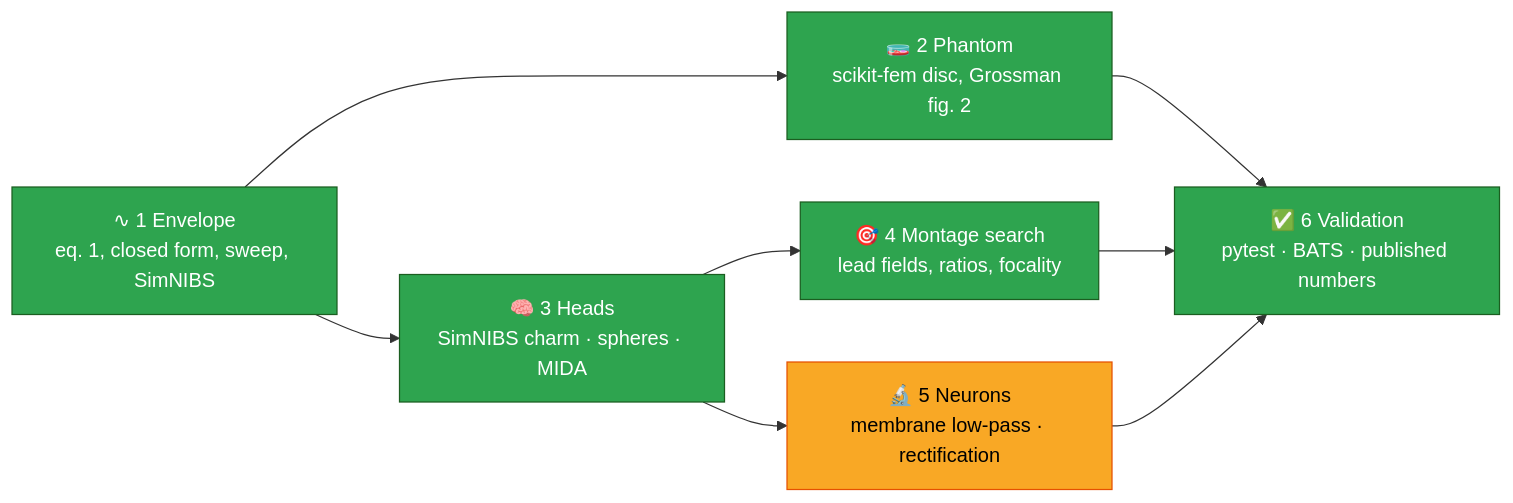
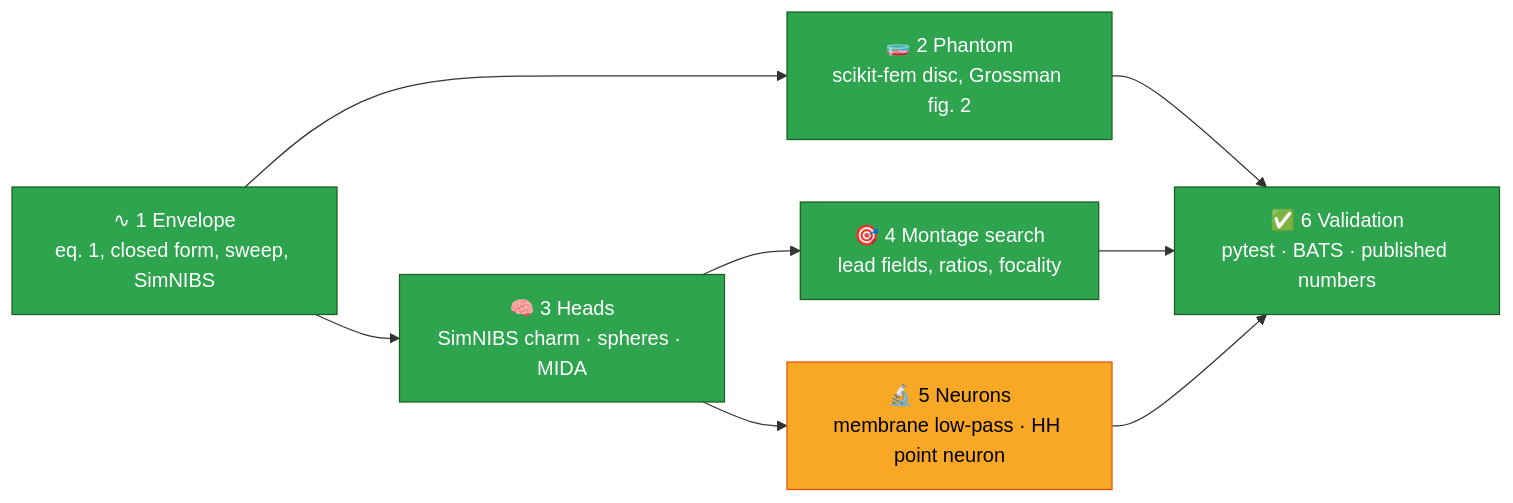
Before and after one commit to m9h/ti-sim: the diagram in README.md, drawn with Mermaid. The commit also changed other lines of this file and 7 other files, not shown here.

First line of the commit message:
hh: Hodgkin-Huxley point neuron under a TI field; montage-search results on ernie

````diff
--- a/README.md
+++ b/README.md
@@ -42,17 +42,17 @@
 ```mermaid
 flowchart LR
     classDef done fill:#2ea44f,stroke:#1b5e20,color:#fff
     classDef part fill:#f9a825,stroke:#e65100,color:#000
     classDef todo fill:#90a4ae,stroke:#37474f,color:#fff
 
     E[∿ 1 Envelope<br/>eq. 1, closed form, sweep, SimNIBS]:::done
     P[🧫 2 Phantom<br/>scikit-fem disc, Grossman fig. 2]:::done
     H[🧠 3 Heads<br/>SimNIBS charm · spheres · MIDA]:::done
     M[🎯 4 Montage search<br/>lead fields, ratios, focality]:::done
-    N[🔬 5 Neurons<br/>membrane low-pass · rectification]:::part
+    N[🔬 5 Neurons<br/>membrane low-pass · HH point neuron]:::part
     V[✅ 6 Validation<br/>pytest · BATS · published numbers]:::done
 
     E --> P --> V
     E --> H --> M --> V
     H --> N --> V
 ```
````
